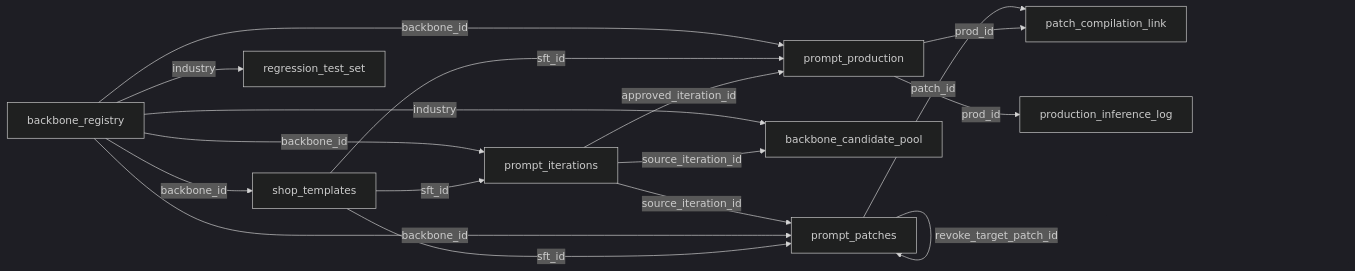
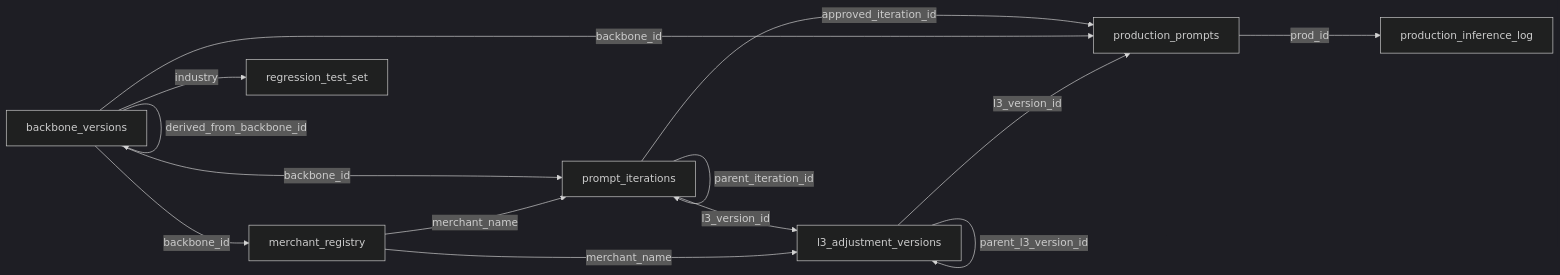
One commit to YunChen1227/auto_prompt_optimzer changed the fifth of 9 diagrams in designs/DESIGN.md. Above: the diagram before and after it, drawn with Mermaid (dark theme). The commit also changed other lines of this file, not shown here.

````diff
--- a/designs/DESIGN.md
+++ b/designs/DESIGN.md
@@ -320,19 +377,16 @@
 ```mermaid
 flowchart LR
-    BR[backbone_registry] -->|"backbone_id"| ST[shop_templates]
-    BR -->|"backbone_id"| PI[prompt_iterations]
-    ST -->|"sft_id"| PI
-    PI -->|"source_iteration_id"| PP[prompt_patches]
-    BR -->|"backbone_id"| PP
-    ST -->|"sft_id"| PP
-    BR -->|"industry"| BCP[backbone_candidate_pool]
-    PI -->|"source_iteration_id"| BCP
-    BR -->|"backbone_id"| PR[prompt_production]
-    ST -->|"sft_id"| PR
-    PI -->|"approved_iteration_id"| PR
-    PP -->|"patch_id"| PCL[patch_compilation_link]
-    PR -->|"prod_id"| PCL
+    BB[backbone_versions] -->|"backbone_id"| MR[merchant_registry]
+    BB -->|"backbone_id"| PI[prompt_iterations]
+    MR -->|"merchant_name"| PI
+    PI -->|"l3_version_id"| L3[l3_adjustment_versions]
+    MR -->|"merchant_name"| L3
+    PI -->|"approved_iteration_id"| PR[production_prompts]
+    BB -->|"backbone_id"| PR
+    L3 -->|"l3_version_id"| PR
     PR -->|"prod_id"| PIL[production_inference_log]
-    BR -->|"industry"| RTS[regression_test_set]
-    PP -->|"revoke_target_patch_id"| PP
+    BB -->|"industry"| RTS[regression_test_set]
+    BB -->|"derived_from_backbone_id"| BB
+    PI -->|"parent_iteration_id"| PI
+    L3 -->|"parent_l3_version_id"| L3
 ```
````
